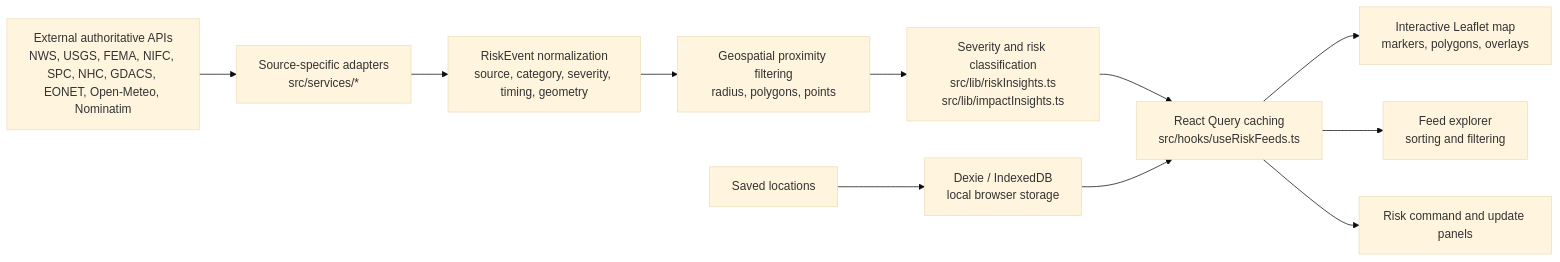
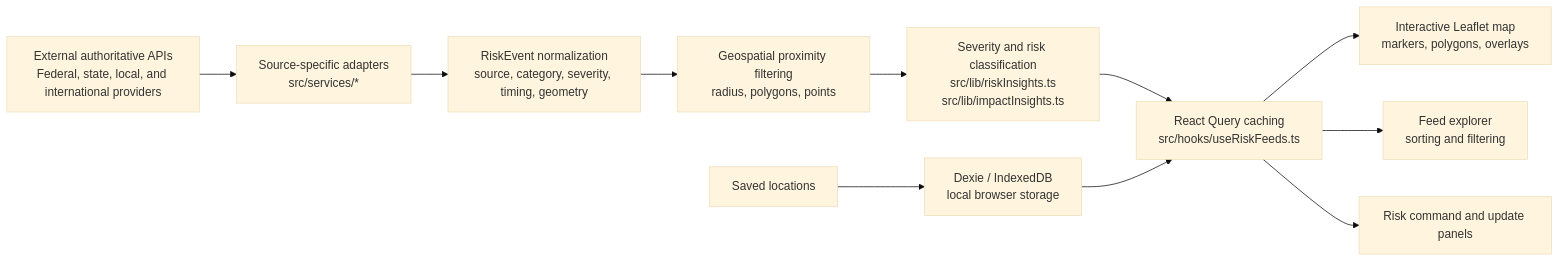
One commit to SecuritahGuy/openrisk-radar changed the diagram in README.md. Above: the diagram before and after it, drawn with Mermaid (base theme). The commit also changed other lines of this file and 29 other files, not shown here.

````diff
--- a/README.md
+++ b/README.md
@@ -118,13 +120,13 @@
 ```mermaid
 flowchart LR
-  A["External authoritative APIs<br/>NWS, USGS, FEMA, NIFC, SPC, NHC, GDACS, EONET, Open-Meteo, Nominatim"] --> B["Source-specific adapters<br/>src/services/*"]
+  A["External authoritative APIs<br/>Federal, state, local, and international providers"] --> B["Source-specific adapters<br/>src/services/*"]
   B --> C["RiskEvent normalization<br/>source, category, severity, timing, geometry"]
   C --> D["Geospatial proximity filtering<br/>radius, polygons, points"]
   D --> E["Severity and risk classification<br/>src/lib/riskInsights.ts<br/>src/lib/impactInsights.ts"]
   E --> F["React Query caching<br/>src/hooks/useRiskFeeds.ts"]
   F --> G["Interactive Leaflet map<br/>markers, polygons, overlays"]
   F --> H["Feed explorer<br/>sorting and filtering"]
   F --> I["Risk command and update panels"]
   J["Saved locations"] --> K["Dexie / IndexedDB<br/>local browser storage"]
   K --> F
 ```
````
